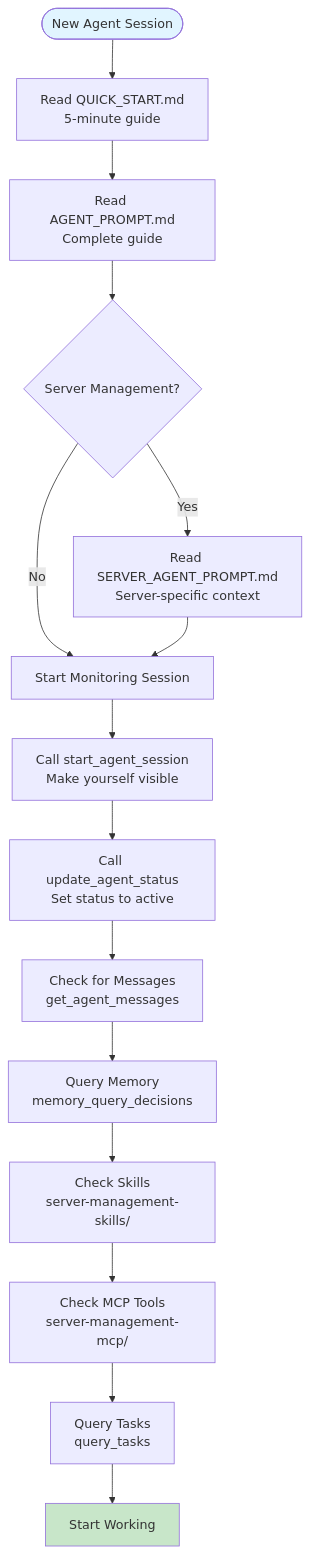
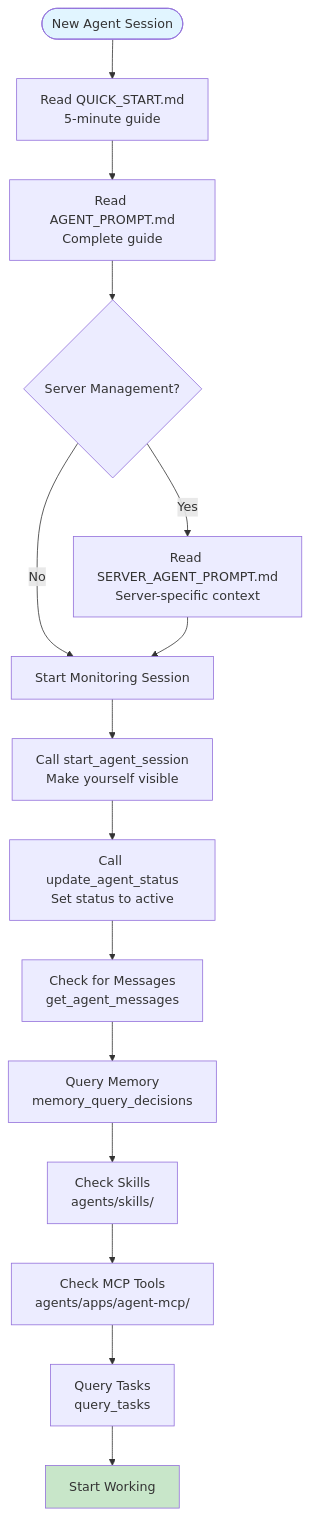
Before and after one commit to unarmedpuppy/homelab-ai: the second of 20 diagrams in agents/docs/COMPLETE_SYSTEM_VISUALIZATION.md, drawn with Mermaid. The commit also changed other lines of this file and 4807 other files, not shown here.

First line of the commit message:
Reorganize project structure: Move agent-related apps to agents/apps/

````diff
--- a/agents/docs/COMPLETE_SYSTEM_VISUALIZATION.md
+++ b/agents/docs/COMPLETE_SYSTEM_VISUALIZATION.md
@@ -78,21 +78,21 @@
 ```mermaid
 flowchart TD
     Start([New Agent Session]) --> Step1[Read QUICK_START.md<br/>5-minute guide]
     Step1 --> Step2[Read AGENT_PROMPT.md<br/>Complete guide]
     Step2 --> Step3{Server Management?}
     Step3 -->|Yes| Step4[Read SERVER_AGENT_PROMPT.md<br/>Server-specific context]
     Step3 -->|No| Step5[Start Monitoring Session]
     Step4 --> Step5
     
     Step5 --> Step6[Call start_agent_session<br/>Make yourself visible]
     Step6 --> Step7[Call update_agent_status<br/>Set status to active]
     Step7 --> Step8[Check for Messages<br/>get_agent_messages]
     Step8 --> Step9[Query Memory<br/>memory_query_decisions]
-    Step9 --> Step10[Check Skills<br/>server-management-skills/]
-    Step10 --> Step11[Check MCP Tools<br/>server-management-mcp/]
+    Step9 --> Step10[Check Skills<br/>agents/skills/]
+    Step10 --> Step11[Check MCP Tools<br/>agents/apps/agent-mcp/]
     Step11 --> Step12[Query Tasks<br/>query_tasks]
     Step12 --> Step13[Start Working]
     
     style Start fill:#e1f5ff
     style Step13 fill:#c8e6c9
 ```
````
